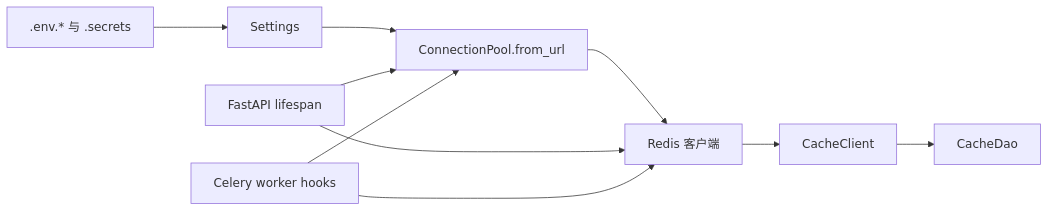
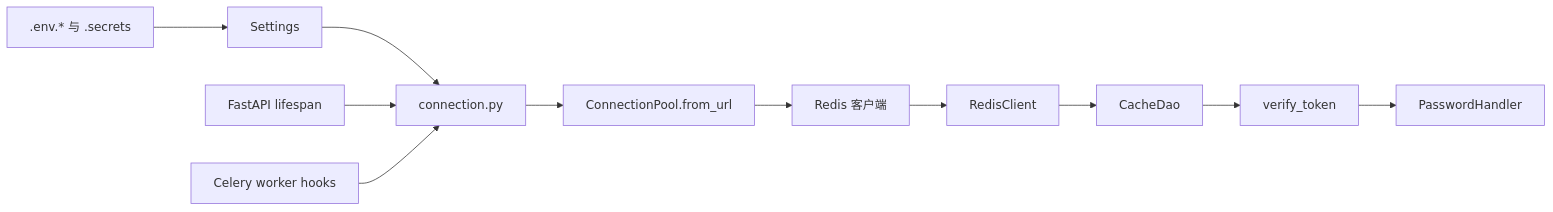
Before and after one commit to lilinzezzzzzz/fastapi-backend: the tenth of 10 diagrams in .qoder/repowiki/zh/content/缓存系统/Redis集成.md, drawn with Mermaid. The commit also changed other lines of this file and 38 other files, not shown here.

````diff
--- a/.qoder/repowiki/zh/content/缓存系统/Redis集成.md
+++ b/.qoder/repowiki/zh/content/缓存系统/Redis集成.md
@@ -340,12 +503,13 @@
 ```mermaid
 graph LR
 ENV[".env.* 与 .secrets"] --> CFG["Settings"]
-CFG --> POOL["ConnectionPool.from_url"]
+CFG --> CONN["connection.py"]
+CONN --> POOL["ConnectionPool.from_url"]
 POOL --> R["Redis 客户端"]
-R --> CC["CacheClient"]
-CC --> DAO["CacheDao"]
-LIFE["FastAPI lifespan"] --> POOL
-LIFE --> R
-CEL["Celery worker hooks"] --> POOL
-CEL --> R
+R --> CC["RedisClient"]
+CC --> CACHE_DAO["CacheDao"]
+CACHE_DAO --> AUTH_CORE["verify_token"]
+AUTH_CORE --> PWD_HANDLER["PasswordHandler"]
+LIFE["FastAPI lifespan"] --> CONN
+CEL["Celery worker hooks"] --> CONN
 ```
````
